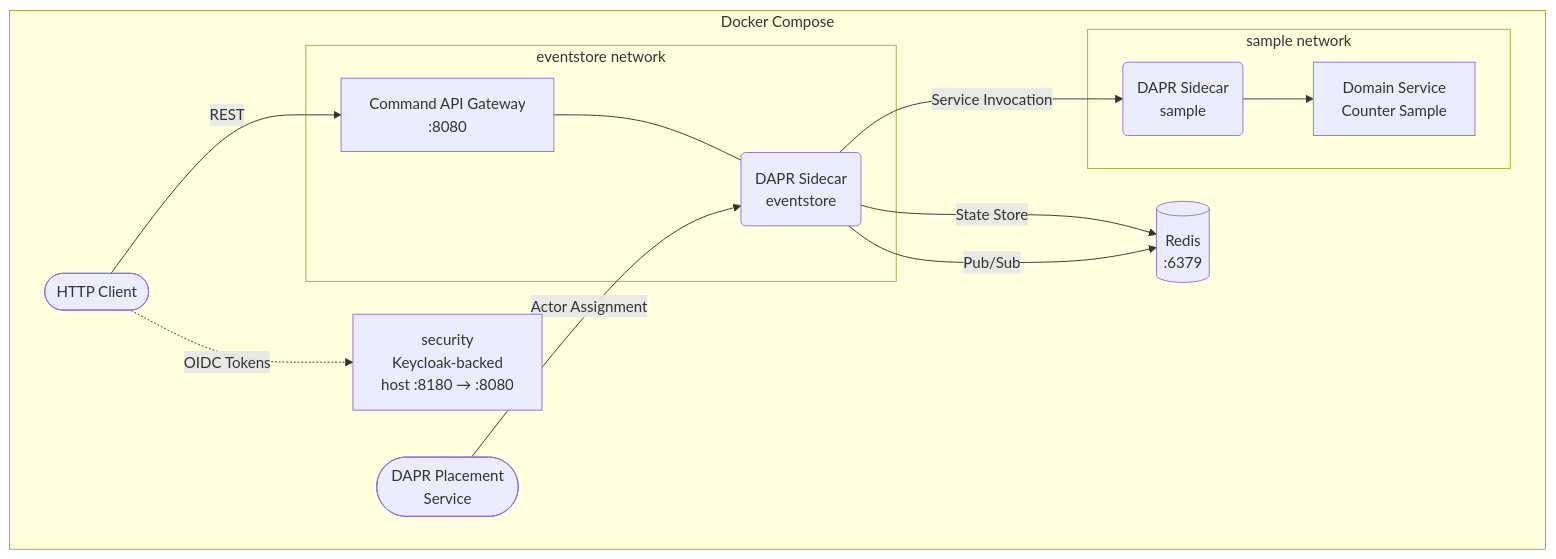
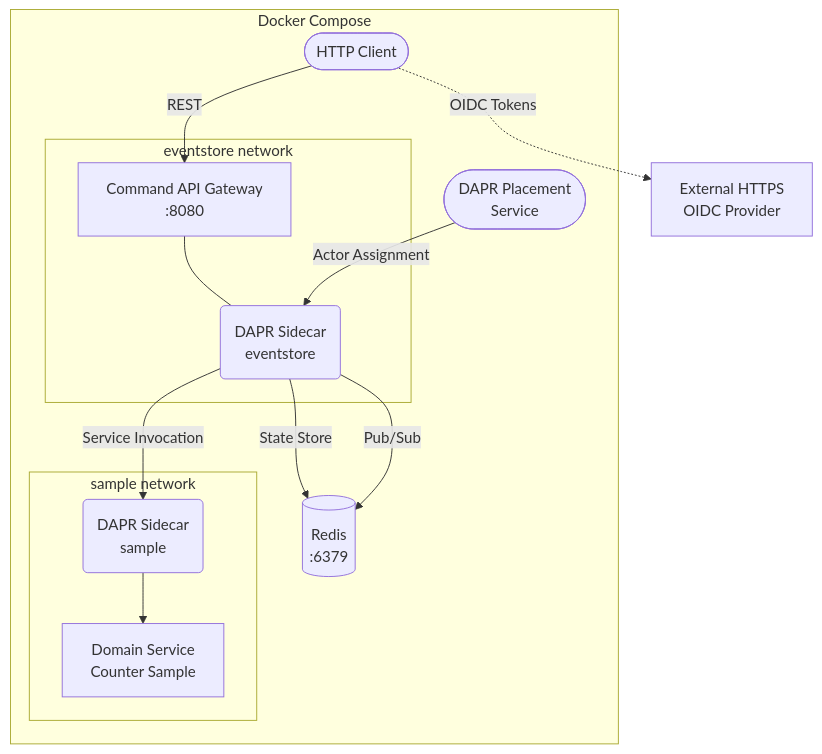
Before and after one commit to Hexalith/Hexalith.EventStore: the diagram in docs/guides/deployment-docker-compose.md, drawn with Mermaid. The commit also changed other lines of this file and 244 other files, not shown here.

````diff
--- a/docs/guides/deployment-docker-compose.md
+++ b/docs/guides/deployment-docker-compose.md
@@ -13,29 +13,29 @@
 ```mermaid
 flowchart TB
     Client([HTTP Client])
+    Identity[External HTTPS<br/>OIDC Provider]
 
     subgraph DockerCompose["Docker Compose"]
         subgraph EventStoreGroup["eventstore network"]
             EventStore[Command API Gateway<br/>:8080]
             CmdSidecar(DAPR Sidecar<br/>eventstore)
         end
 
         subgraph SampleGroup["sample network"]
             Sample[Domain Service<br/>Counter Sample]
             SampleSidecar(DAPR Sidecar<br/>sample)
         end
 
         Redis[(Redis<br/>:6379)]
-        Security[security<br/>Keycloak-backed<br/>host :8180 → :8080]
         Placement([DAPR Placement<br/>Service])
 
         Client -->|REST| EventStore
         EventStore --- CmdSidecar
         CmdSidecar -->|Service Invocation| SampleSidecar
         SampleSidecar --> Sample
         CmdSidecar -->|State Store| Redis
         CmdSidecar -->|Pub/Sub| Redis
         Placement -->|Actor Assignment| CmdSidecar
-        Client -.->|OIDC Tokens| Security
     end
+    Client -.->|OIDC Tokens| Identity
 ```
````
